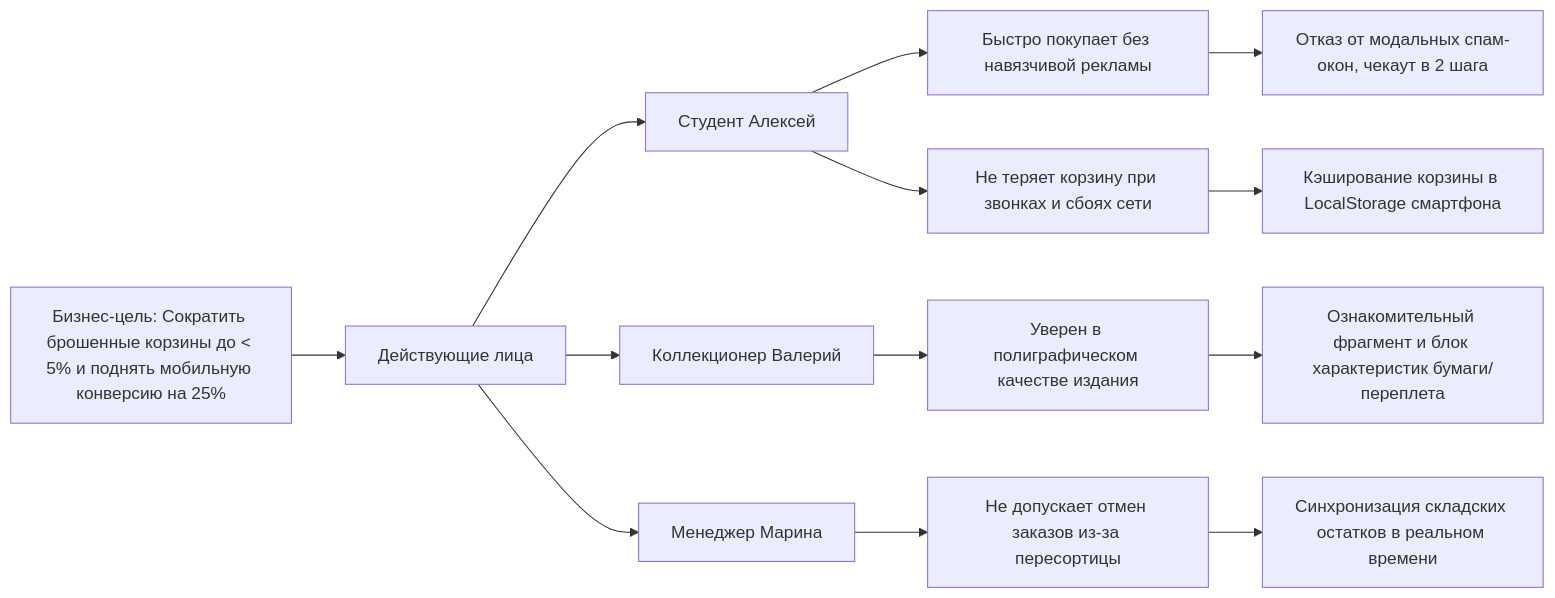
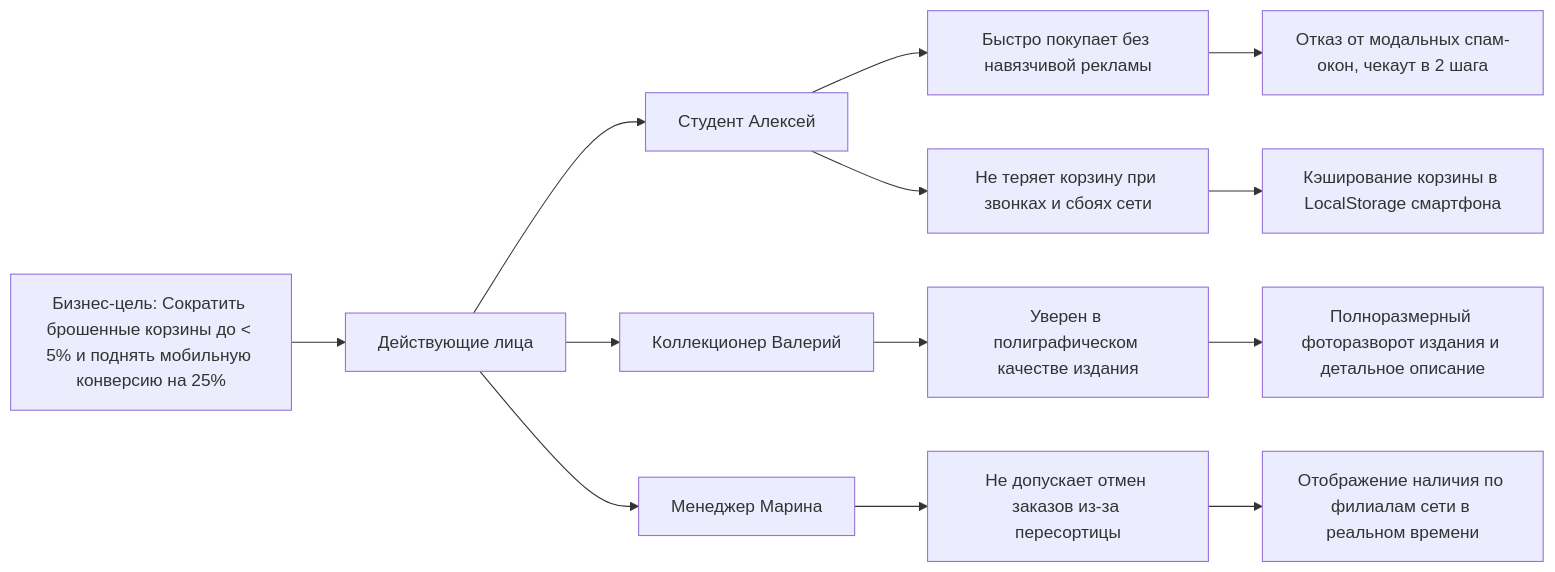
Before and after one commit to fpmi-hci-2026/Litera: the fifth of 5 diagrams in docs/lab2.md, drawn with Mermaid. The commit also changed other lines of this file, not shown here.

````diff
--- a/docs/lab2.md
+++ b/docs/lab2.md
@@ -222,17 +210,17 @@
 ```mermaid
 graph LR
     Goal[Бизнес-цель: Сократить брошенные корзины до < 5% и поднять мобильную конверсию на 25%] --> Actors[Действующие лица]
     Actors --> A1[Студент Алексей]
     Actors --> A2[Коллекционер Валерий]
     Actors --> A3[Менеджер Марина]
 
     A1 --> Imp1[Быстро покупает без навязчивой рекламы]
     A1 --> Imp2[Не теряет корзину при звонках и сбоях сети]
     A2 --> Imp3[Уверен в полиграфическом качестве издания]
     A3 --> Imp4[Не допускает отмен заказов из-за пересортицы]
 
     Imp1 --> Deliverable1[Отказ от модальных спам-окон, чекаут в 2 шага]
     Imp2 --> Deliverable2[Кэширование корзины в LocalStorage смартфона]
-    Imp3 --> Deliverable3[Ознакомительный фрагмент и блок характеристик бумаги/переплета]
-    Imp4 --> Deliverable4[Синхронизация складских остатков в реальном времени]
+    Imp3 --> Deliverable3[Полноразмерный фоторазворот издания и детальное описание]
+    Imp4 --> Deliverable4[Отображение наличия по филиалам сети в реальном времени]
 ```
````
